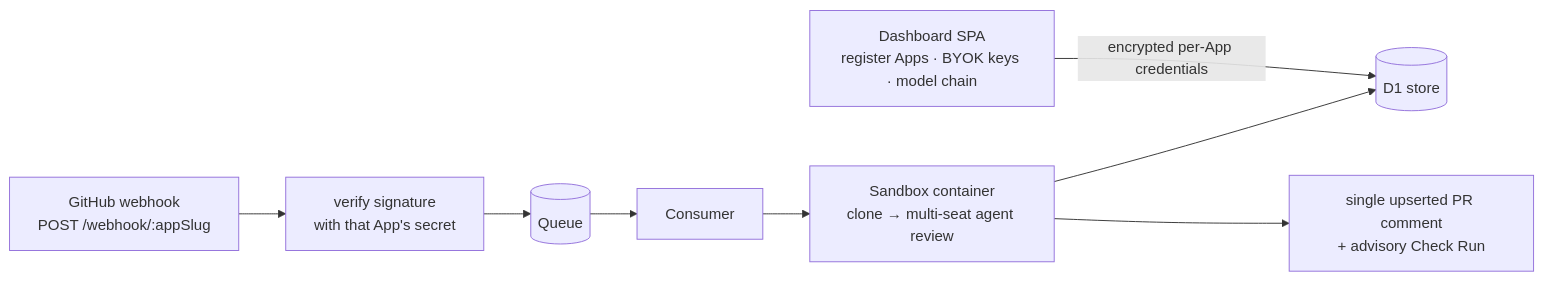
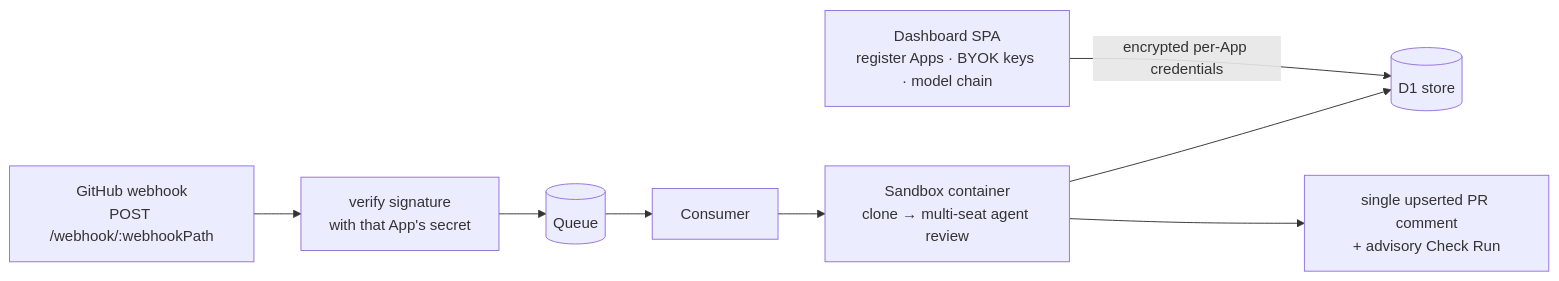
Before and after one commit to btspoony/mstar-inspector: the diagram in README.md, drawn with Mermaid. The commit also changed other lines of this file and 84 other files, not shown here.

First line of the commit message:
Address Apps by GitHub App ID and show live identity (#113)

````diff
--- a/README.md
+++ b/README.md
@@ -32,10 +32,10 @@
 ```mermaid
 flowchart LR
     D["Dashboard SPA<br/>register Apps · BYOK keys · model chain"] -->|"encrypted per-App credentials"| DB[("D1 store")]
-    GH["GitHub webhook<br/>POST /webhook/:appSlug"] --> WH["verify signature<br/>with that App's secret"]
+    GH["GitHub webhook<br/>POST /webhook/:webhookPath"] --> WH["verify signature<br/>with that App's secret"]
     WH --> Q[("Queue")]
     Q --> CO["Consumer"]
     CO --> SB["Sandbox container<br/>clone → multi-seat agent review"]
     SB --> CM["single upserted PR comment<br/>+ advisory Check Run"]
     SB --> DB
 ```
````
